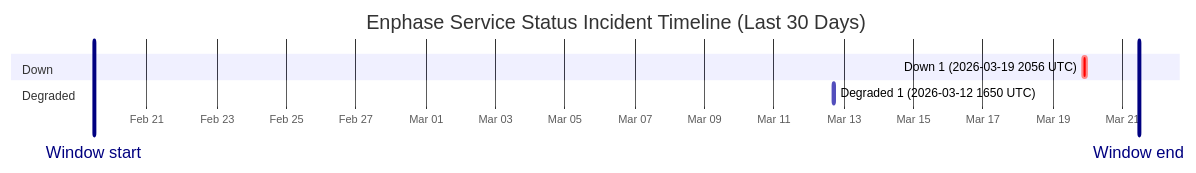
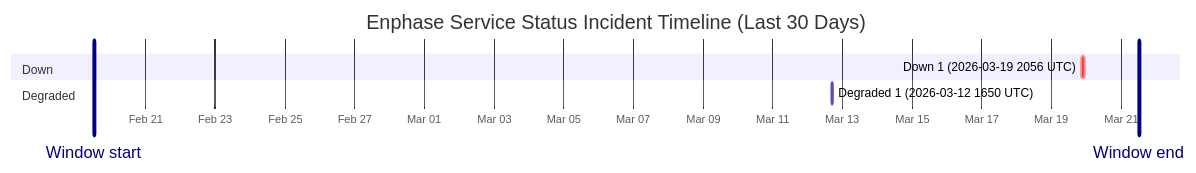
Before and after one commit to barneyonline/ha-enphase-ev-charger: the diagram in wiki/Service-Status-History.md, drawn with Mermaid. The commit also changed other lines of this file and 3 other files, not shown here.

````diff
--- a/wiki/Service-Status-History.md
+++ b/wiki/Service-Status-History.md
@@ -14,12 +14,12 @@
 ```mermaid
 gantt
     title Enphase Service Status Incident Timeline (Last 30 Days)
     dateFormat  YYYY-MM-DDTHH:mm:ss
     axisFormat  %b %d
-    Window start :vert, window-start, 2026-02-19T11:15:44, 0ms
-    Window end :vert, window-end, 2026-03-21T11:15:44, 0ms
+    Window start :vert, window-start, 2026-02-19T12:28:21, 0ms
+    Window end :vert, window-end, 2026-03-21T12:28:21, 0ms
     section Down
     Down 1 (2026-03-19 2056 UTC) :crit, down-1, 2026-03-19T20:56:20, 145m
     section Degraded
     Degraded 1 (2026-03-12 1650 UTC) :active, degraded-1, 2026-03-12T16:50:43, 60m
 ```
````
